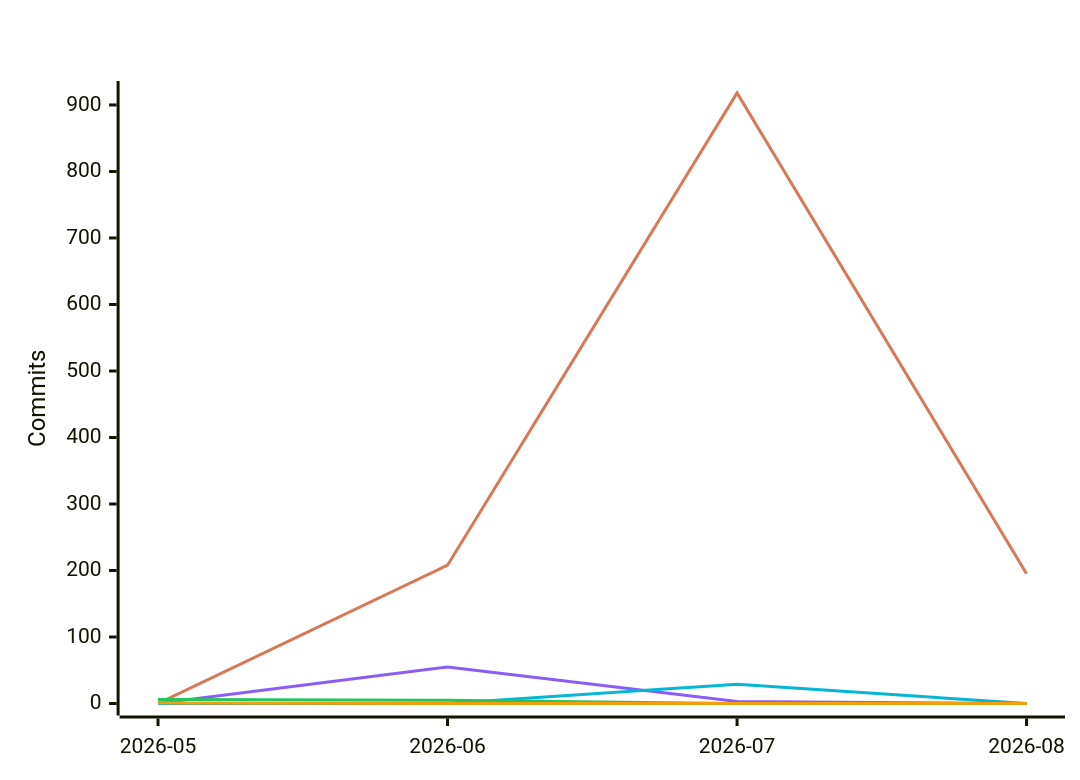
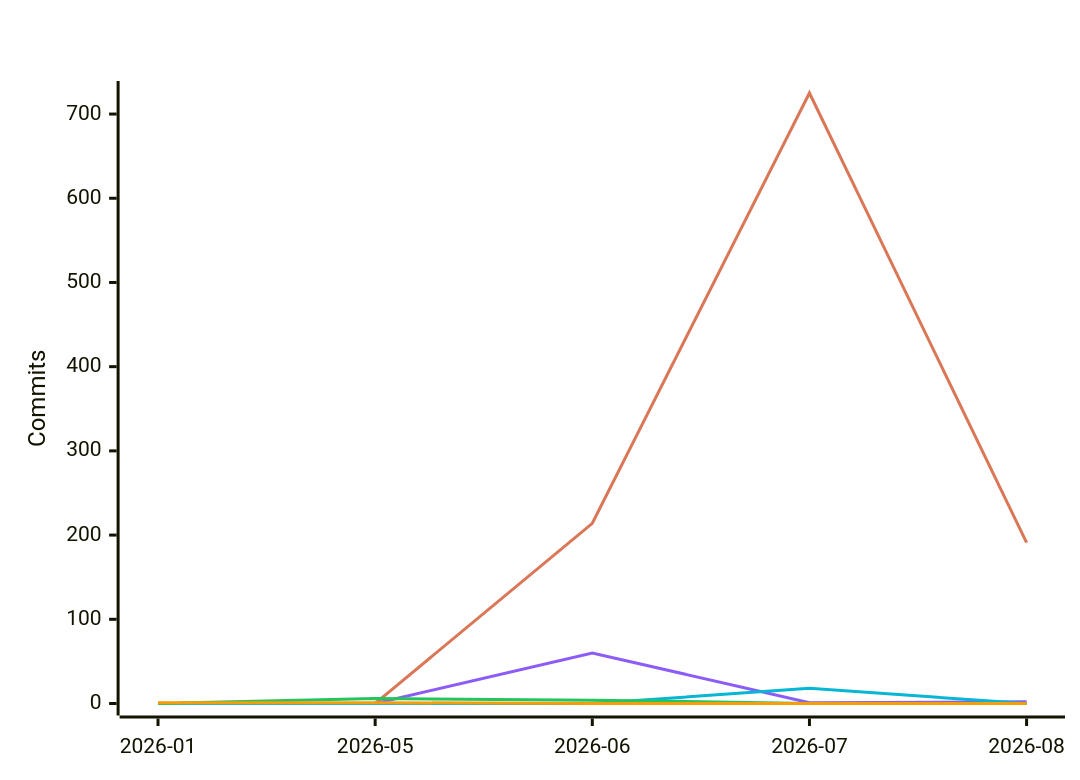
The fifth of 7 diagrams in README.md (polo-nyan/polo-nyan), drawn with Mermaid before and after one commit. The commit also changed other lines of this file and 1 other file, not shown here.

````diff
--- a/README.md
+++ b/README.md
@@ -313,12 +313,12 @@
 ```mermaid
 %%{init: {"xyChart": {"titleColor": "#ffffff", "xAxisLabelColor": "#ffffff", "yAxisLabelColor": "#ffffff"}, "themeVariables": {"xyChart": {"titleColor": "#ffffff", "plotColorPalette": "#d97757, #8b5cf6, #06b6d4, #22c55e, #f59e0b, #ec4899"}}}}%%
 xychart-beta
     title "Commits Per Month by Model Family"
-    x-axis ["2026-05", "2026-06", "2026-07", "2026-08"]
+    x-axis ["2026-01", "2026-05", "2026-06", "2026-07", "2026-08"]
     y-axis "Commits"
-    line [0, 208, 918, 195]
-    line [0, 55, 3, 0]
-    line [0, 0, 29, 0]
-    line [6, 5, 0, 0]
-    line [1, 0, 0, 0]
+    line [0, 0, 214, 725, 191]
+    line [0, 0, 60, 1, 2]
+    line [0, 0, 0, 18, 0]
+    line [0, 6, 4, 0, 0]
+    line [1, 1, 0, 0, 0]
 ```
````
